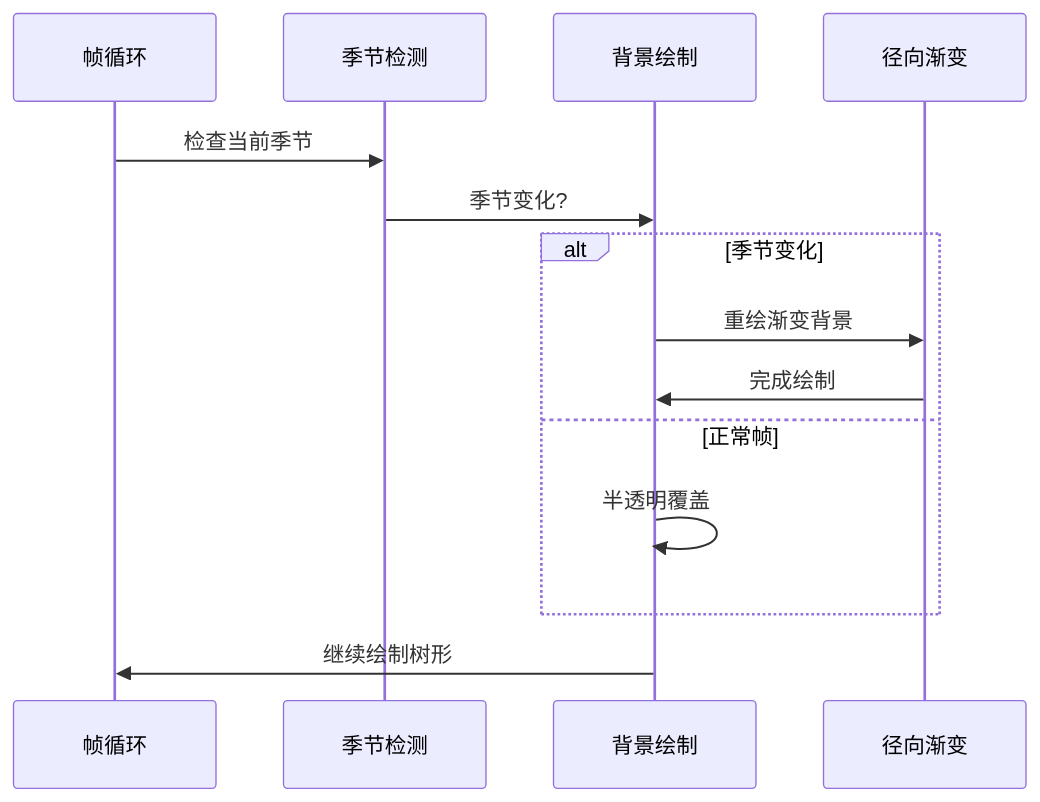
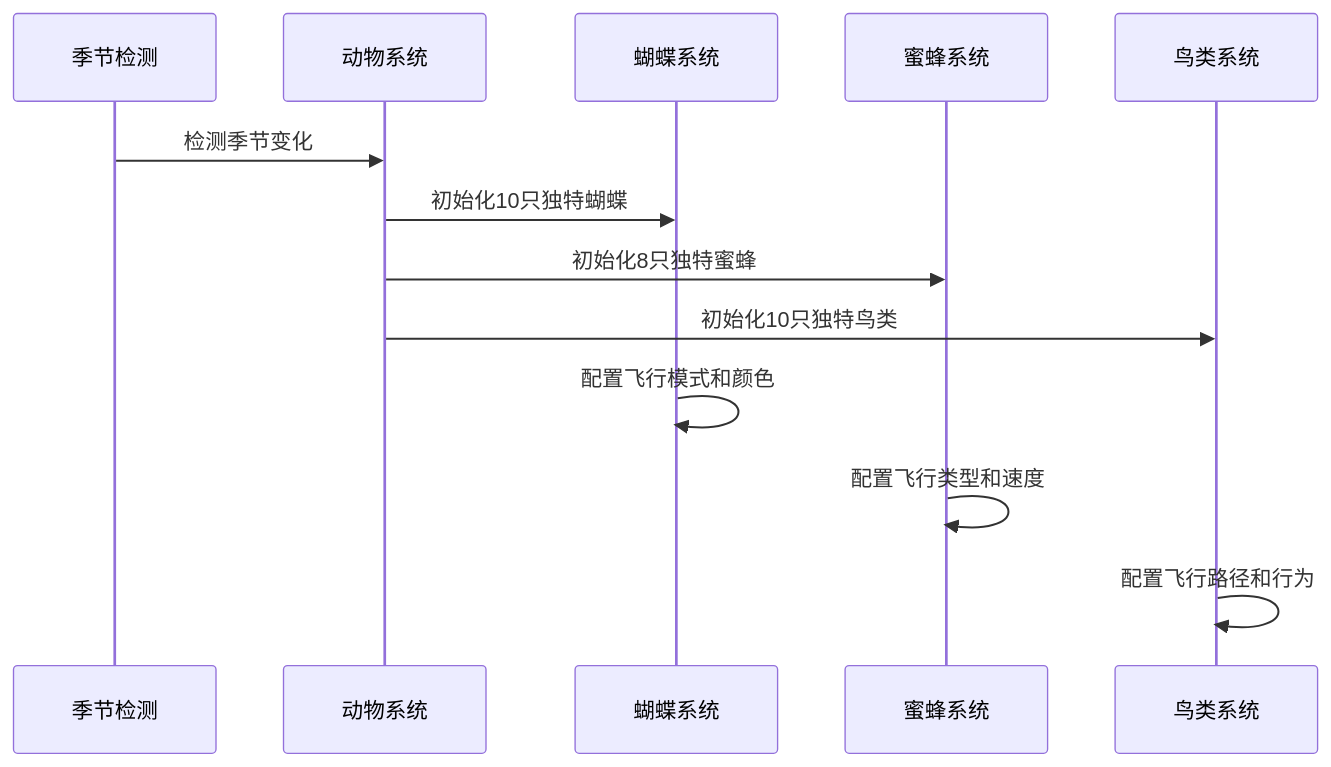
One commit to yuyezhizhi/yuyezhizhi.github.io changed the sixth of 13 diagrams in .qoder/repowiki/zh/content/Fractal Tree Animation.md. Above: the diagram before and after it, drawn with Mermaid. The commit also changed other lines of this file and 19 other files, not shown here.

````diff
--- a/.qoder/repowiki/zh/content/Fractal Tree Animation.md
+++ b/.qoder/repowiki/zh/content/Fractal Tree Animation.md
@@ -222,16 +221,15 @@
 ```mermaid
 sequenceDiagram
-participant Frame as 帧循环
 participant Season as 季节检测
-participant Background as 背景绘制
-participant Gradient as 径向渐变
-Frame->>Season : 检查当前季节
-Season->>Background : 季节变化?
-alt 季节变化
-Background->>Gradient : 重绘渐变背景
-Gradient->>Background : 完成绘制
-else 正常帧
-Background->>Background : 半透明覆盖
-end
-Background->>Frame : 继续绘制树形
+participant AnimalSystem as 动物系统
+participant Butterfly as 蝴蝶系统
+participant Bee as 蜜蜂系统
+participant Bird as 鸟类系统
+Season->>AnimalSystem : 检测季节变化
+AnimalSystem->>Butterfly : 初始化10只独特蝴蝶
+AnimalSystem->>Bee : 初始化8只独特蜜蜂
+AnimalSystem->>Bird : 初始化10只独特鸟类
+Butterfly->>Butterfly : 配置飞行模式和颜色
+Bee->>Bee : 配置飞行类型和速度
+Bird->>Bird : 配置飞行路径和行为
 ```
````
